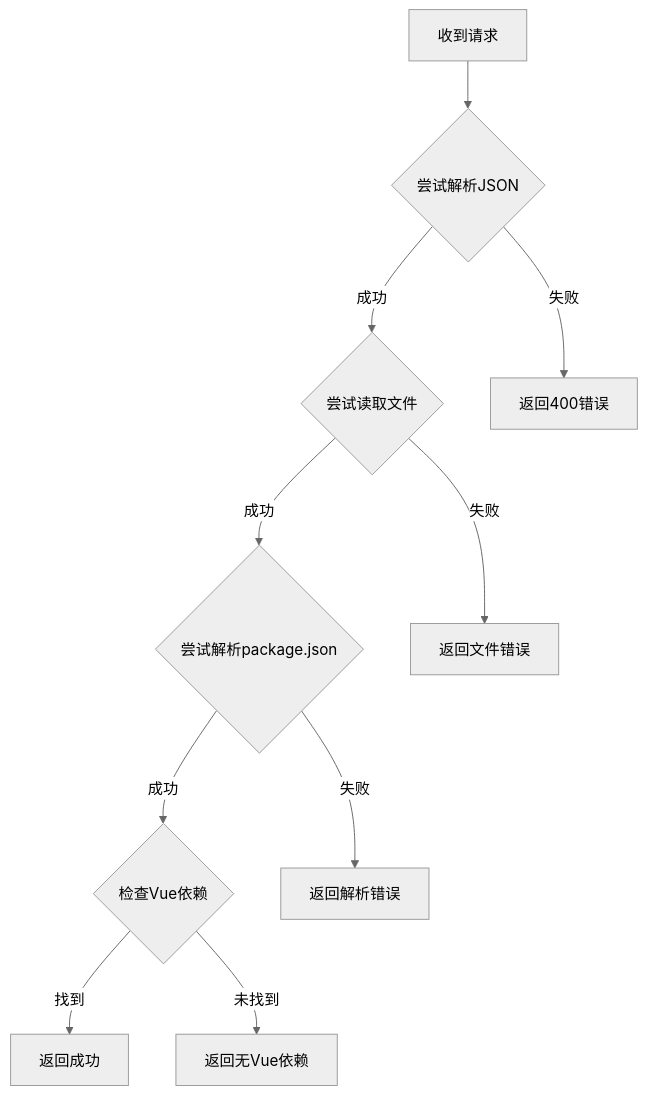
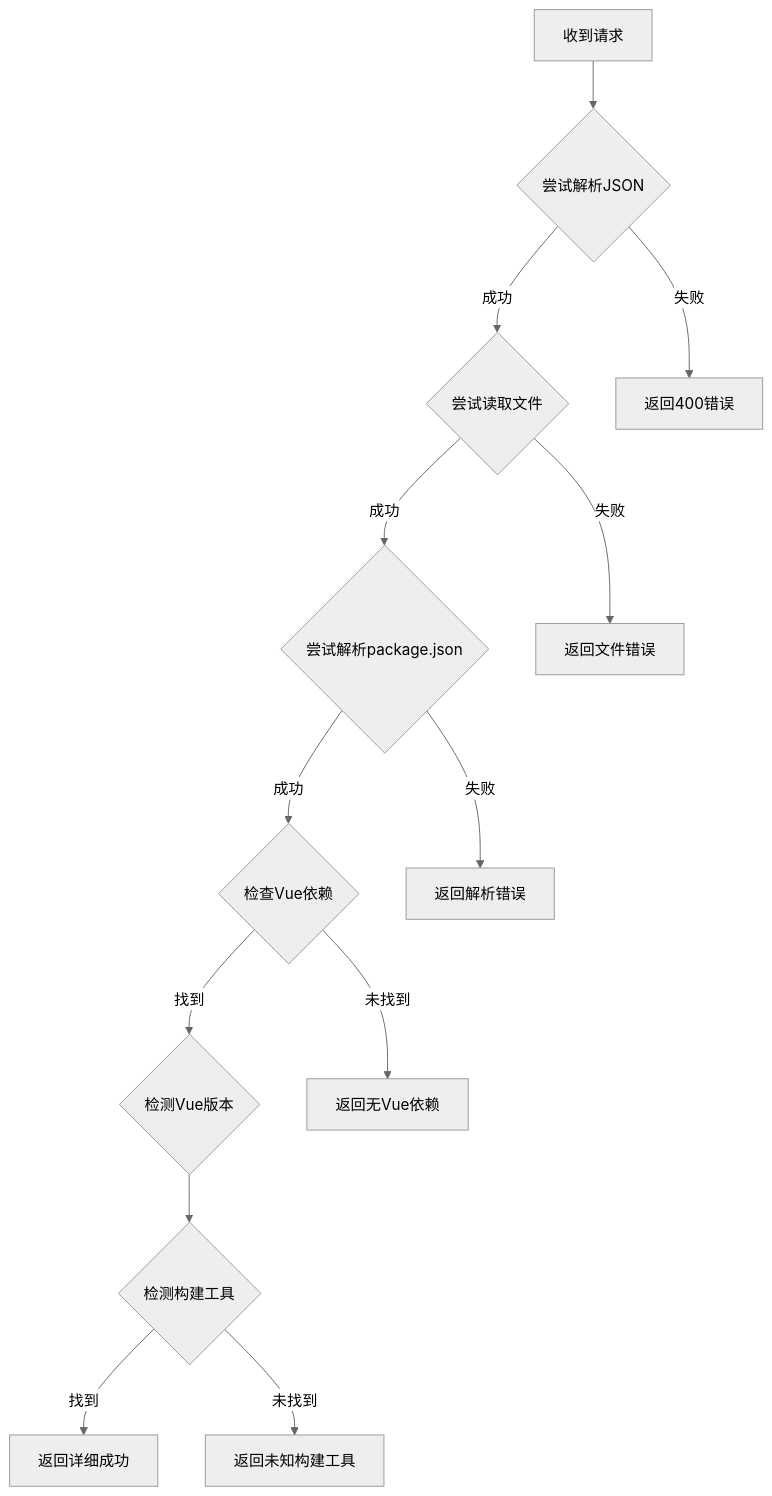
The seventh of 7 diagrams in .qoder/repowiki/zh/content/API参考手册/验证API端点详细说明.md (itszzl-sudo/iris), drawn with Mermaid (neutral theme) before and after one commit. The commit also changed other lines of this file and 5 other files, not shown here.

````diff
--- a/.qoder/repowiki/zh/content/API参考手册/验证API端点详细说明.md
+++ b/.qoder/repowiki/zh/content/API参考手册/验证API端点详细说明.md
@@ -358,12 +395,15 @@
 ```mermaid
 flowchart TD
 Request[收到请求] --> TryParse{尝试解析JSON}
 TryParse --> |成功| TryRead{尝试读取文件}
 TryParse --> |失败| ReturnBadRequest[返回400错误]
 TryRead --> |成功| TryParsePackage{尝试解析package.json}
 TryRead --> |失败| ReturnFileError[返回文件错误]
 TryParsePackage --> |成功| CheckDependencies{检查Vue依赖}
 TryParsePackage --> |失败| ReturnParseError[返回解析错误]
-CheckDependencies --> |找到| ReturnSuccess[返回成功]
+CheckDependencies --> |找到| CheckVueVersion{检测Vue版本}
 CheckDependencies --> |未找到| ReturnNoVue[返回无Vue依赖]
+CheckVueVersion --> CheckBuildTool{检测构建工具}
+CheckBuildTool --> |找到| ReturnSuccess[返回详细成功]
+CheckBuildTool --> |未找到| ReturnNoBuildTool[返回未知构建工具]
 ```
````
